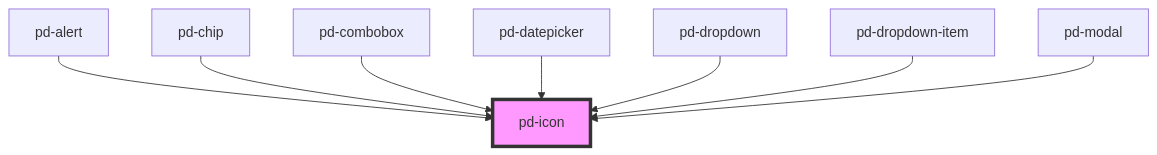
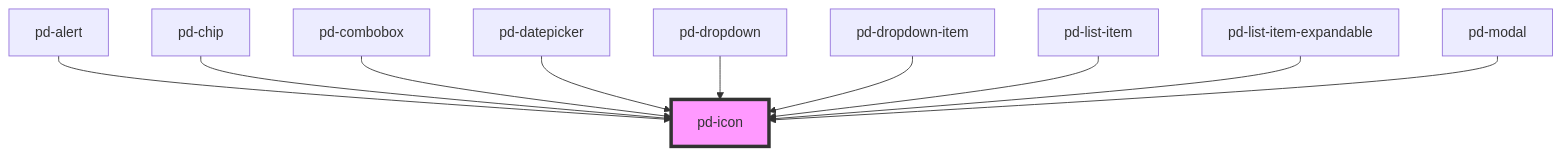
One commit to Lambda-IT/parlamentsdienste-components changed the diagram in packages/core/src/components/pd-icon/readme.md. Above: the diagram before and after it, drawn with Mermaid. The commit also changed other lines of this file and 43 other files, not shown here.

Commit message:
added pd-list with pd-list-item and list-item-expandable

````diff
--- a/packages/core/src/components/pd-icon/readme.md
+++ b/packages/core/src/components/pd-icon/readme.md
@@ -85,11 +87,13 @@
 ```mermaid
 graph TD;
   pd-alert --> pd-icon
   pd-chip --> pd-icon
   pd-combobox --> pd-icon
   pd-datepicker --> pd-icon
   pd-dropdown --> pd-icon
   pd-dropdown-item --> pd-icon
+  pd-list-item --> pd-icon
+  pd-list-item-expandable --> pd-icon
   pd-modal --> pd-icon
   style pd-icon fill:#f9f,stroke:#333,stroke-width:4px
 ```
````
